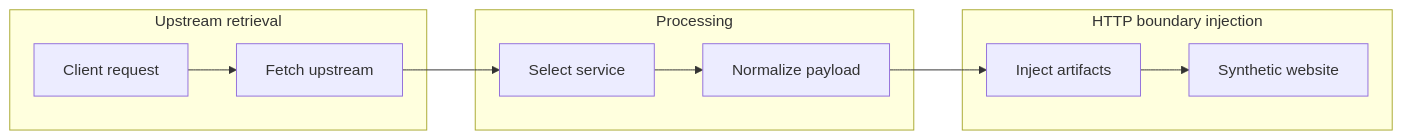
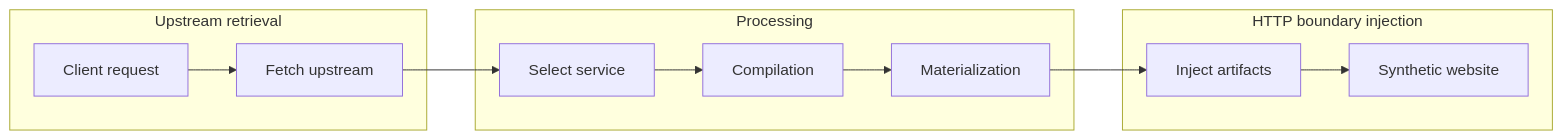
One commit to 0x48piraj/wapparalyser changed the third of 4 diagrams in README.md. Above: the diagram before and after it, drawn with Mermaid. The commit also changed other lines of this file and 7 other files, not shown here.

````diff
--- a/README.md
+++ b/README.md
@@ -169,22 +156,24 @@
 ```mermaid
 flowchart LR
     subgraph FetchPhase["Upstream retrieval"]
         C1[Client request] --> F1
         F1[Fetch upstream]
     end
 
     subgraph Processing["Processing"]
         S1[Select service]
-        N1[Normalize payload]
+        G1[Compilation]
+        N1[Materialization]
     end
 
     subgraph TransportPhase["HTTP boundary injection"]
         I1[Inject artifacts]
         R1[Synthetic website]
     end
 
     F1 --> S1
-    S1 --> N1
+    S1 --> G1
+    G1 --> N1
     N1 --> I1
     I1 --> R1
 ```
````
